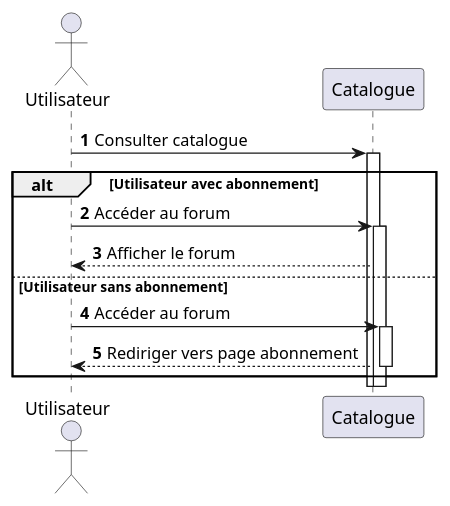
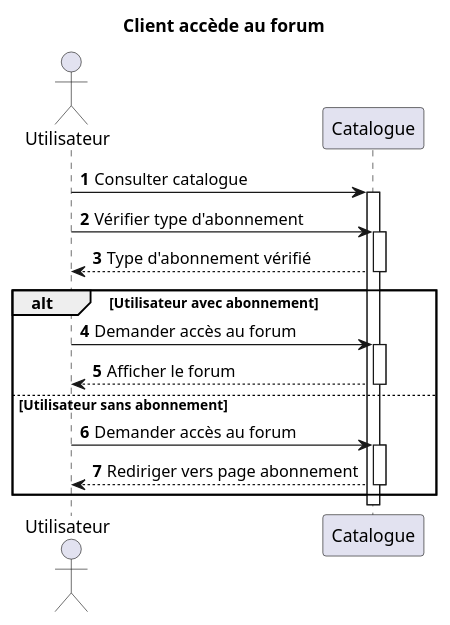
Before and after one commit to the-ark-of-noah/architecture-applicative-2024: the first of 5 diagrams in docs/functional/sequence-diagram-v1.puml, drawn with PlantUML. The commit also changed other lines of this file and 3 other files, not shown here.

```diff
--- a/docs/functional/sequence-diagram-v1.puml
+++ b/docs/functional/sequence-diagram-v1.puml
@@ -1,17 +1,27 @@
-@startuml
+@startuml Client accède au forum
+title Client accède au forum
+
 actor Utilisateur
 
 autonumber
 Utilisateur -> Catalogue: Consulter catalogue
 activate Catalogue
+
+' Vérification du type d'utilisateur pour accès au forum
+Utilisateur -> Catalogue: Vérifier type d'abonnement
+activate Catalogue
+Catalogue --> Utilisateur: Type d'abonnement vérifié
+deactivate Catalogue
+
 alt Utilisateur avec abonnement
-    Utilisateur -> Catalogue: Accéder au forum
+    Utilisateur -> Catalogue: Demander accès au forum
     activate Catalogue
-    Utilisateur <-- Catalogue: Afficher le forum
+    Catalogue --> Utilisateur: Afficher le forum
+    deactivate Catalogue
 else Utilisateur sans abonnement
-    Utilisateur -> Catalogue: Accéder au forum
+    Utilisateur -> Catalogue: Demander accès au forum
     activate Catalogue
-    Utilisateur <-- Catalogue: Rediriger vers page abonnement
+    Catalogue --> Utilisateur: Rediriger vers page abonnement
     deactivate Catalogue
 end
 @enduml
```
